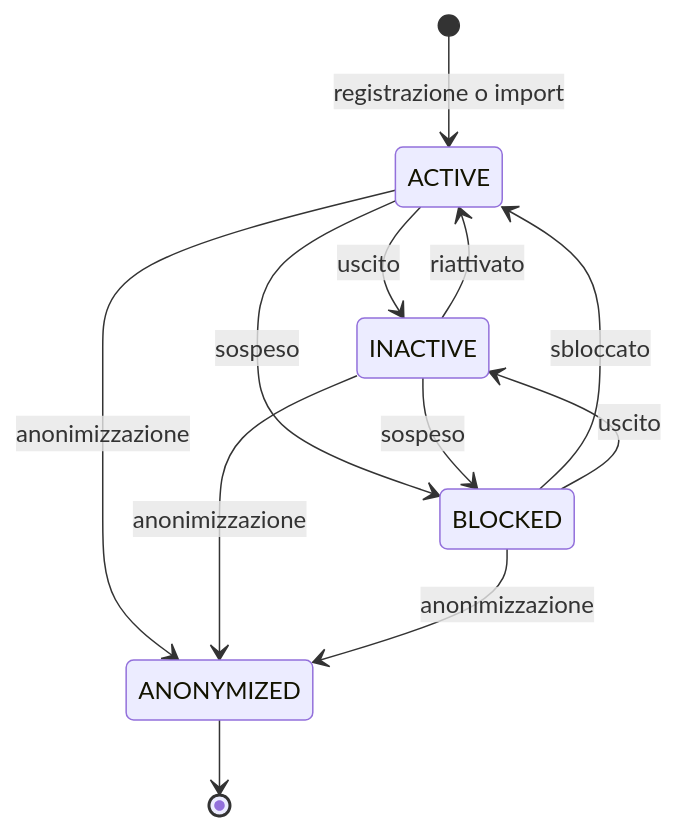
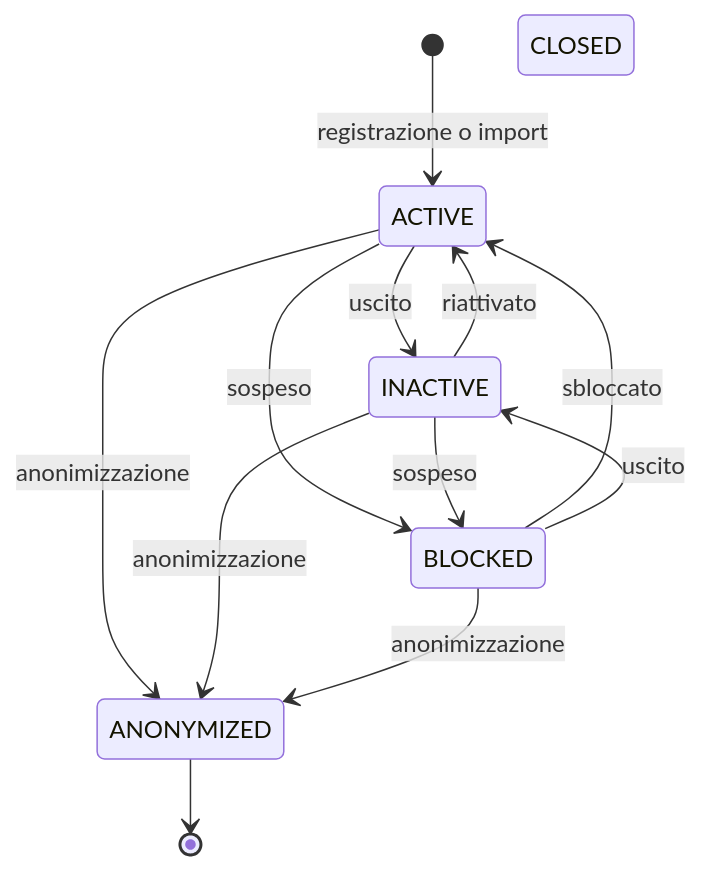
One commit to peppe-ruv/Loyalty_Sys changed the second of 9 diagrams in docs/03-MODELLO-DI-DOMINIO.md. Above: the diagram before and after it, drawn with Mermaid. The commit also changed other lines of this file and 5 other files, not shown here.

First line of the commit message:
docs(servizi): coerenza con codice e migrazioni dopo i diagrammi [F2-DOC-05, M8.9] (#87)

````diff
--- a/docs/03-MODELLO-DI-DOMINIO.md
+++ b/docs/03-MODELLO-DI-DOMINIO.md
@@ -61,16 +61,17 @@
 ```mermaid
 stateDiagram-v2
   accTitle: Ciclo di vita del membro
-  accDescr: Un membro nasce attivo; l'operatore lo porta tra attivo, inattivo e bloccato in qualunque direzione; da ognuno di questi stati l'anonimizzazione lo porta in modo irreversibile ad anonimizzato.
+  accDescr: Un membro nasce attivo; l'operatore lo porta tra attivo, inattivo e bloccato in qualunque direzione; da ognuno di questi stati l'anonimizzazione lo porta in modo irreversibile ad anonimizzato. Lo stato CLOSED non è raggiungibile.
   [*] --> ACTIVE: registrazione o import
   ACTIVE --> INACTIVE: uscito
   ACTIVE --> BLOCKED: sospeso
   INACTIVE --> ACTIVE: riattivato
   BLOCKED --> ACTIVE: sbloccato
   INACTIVE --> BLOCKED: sospeso
   BLOCKED --> INACTIVE: uscito
   ACTIVE --> ANONYMIZED: anonimizzazione
   INACTIVE --> ANONYMIZED: anonimizzazione
   BLOCKED --> ANONYMIZED: anonimizzazione
   ANONYMIZED --> [*]
+  CLOSED
 ```
````
